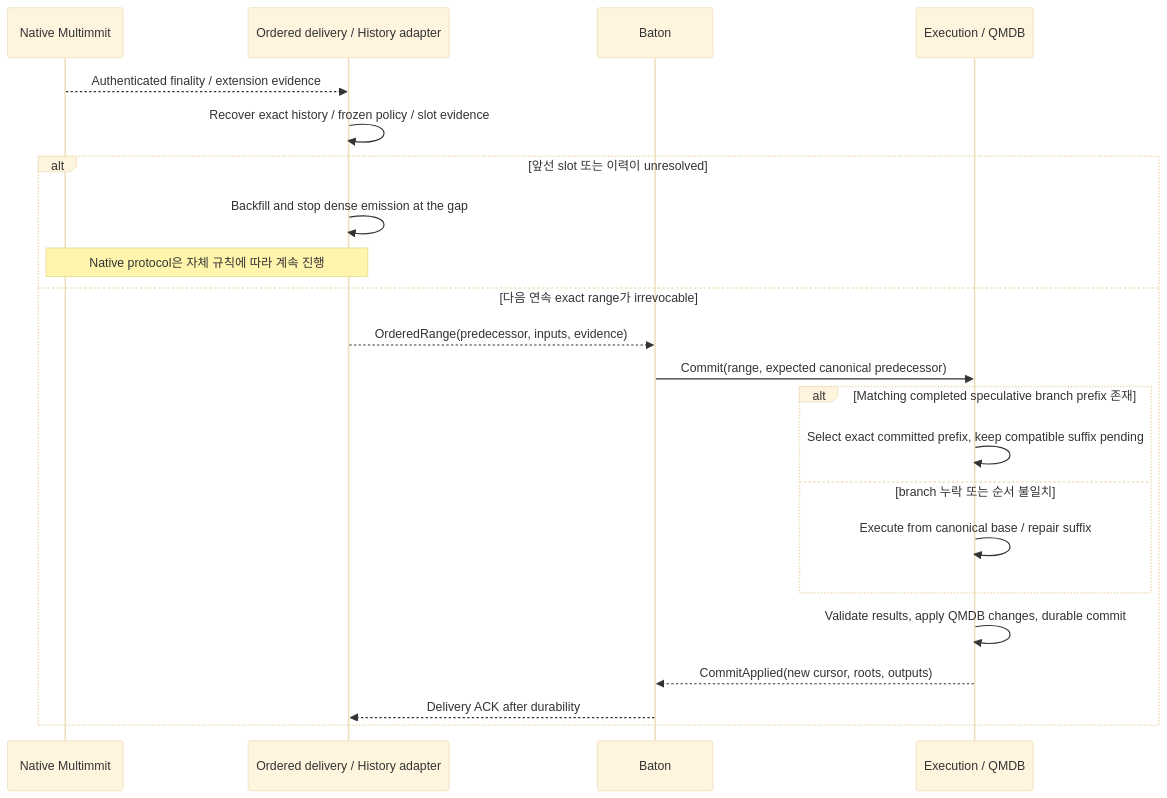
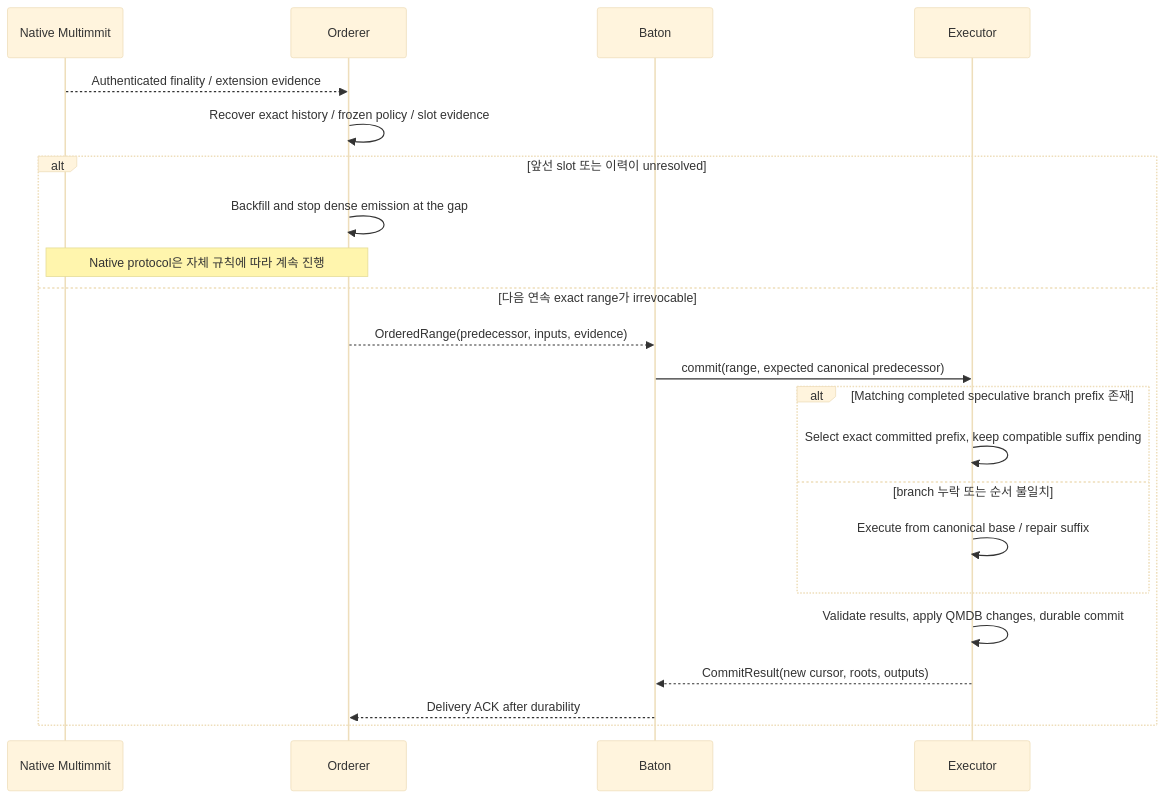
One commit to djm07073/baton-research changed the eighth of 18 diagrams in IMPLEMENTATION_SPEC.md. Above: the diagram before and after it, drawn with Mermaid (base theme). The commit also changed other lines of this file and 51 other files, not shown here.

````diff
--- a/IMPLEMENTATION_SPEC.md
+++ b/IMPLEMENTATION_SPEC.md
@@ -406,24 +440,24 @@
 ```mermaid
 sequenceDiagram
     participant N as Native Multimmit
-    participant M as Ordered delivery / History adapter
+    participant M as Orderer
     participant B as Baton
-    participant E as Execution / QMDB
+    participant E as Executor
     N-->>M: Authenticated finality / extension evidence
     M->>M: Recover exact history / frozen policy / slot evidence
     alt 앞선 slot 또는 이력이 unresolved
         M->>M: Backfill and stop dense emission at the gap
         Note over N,M: Native protocol은 자체 규칙에 따라 계속 진행
     else 다음 연속 exact range가 irrevocable
         M-->>B: OrderedRange(predecessor, inputs, evidence)
-        B->>E: Commit(range, expected canonical predecessor)
+        B->>E: commit(range, expected canonical predecessor)
         alt Matching completed speculative branch prefix 존재
             E->>E: Select exact committed prefix, keep compatible suffix pending
         else branch 누락 또는 순서 불일치
             E->>E: Execute from canonical base / repair suffix
         end
         E->>E: Validate results, apply QMDB changes, durable commit
-        E-->>B: CommitApplied(new cursor, roots, outputs)
+        E-->>B: CommitResult(new cursor, roots, outputs)
         B-->>M: Delivery ACK after durability
     end
 ```
````
